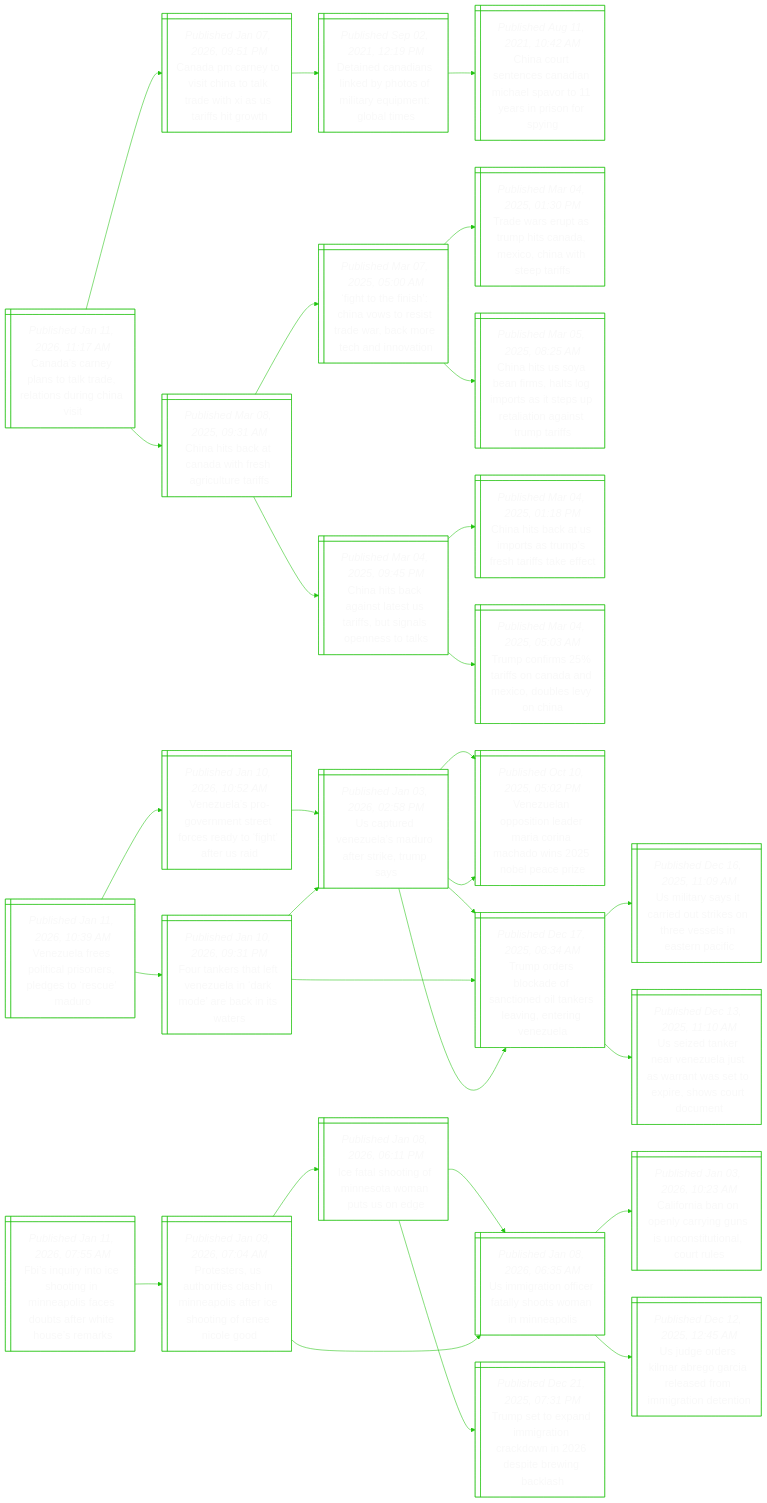
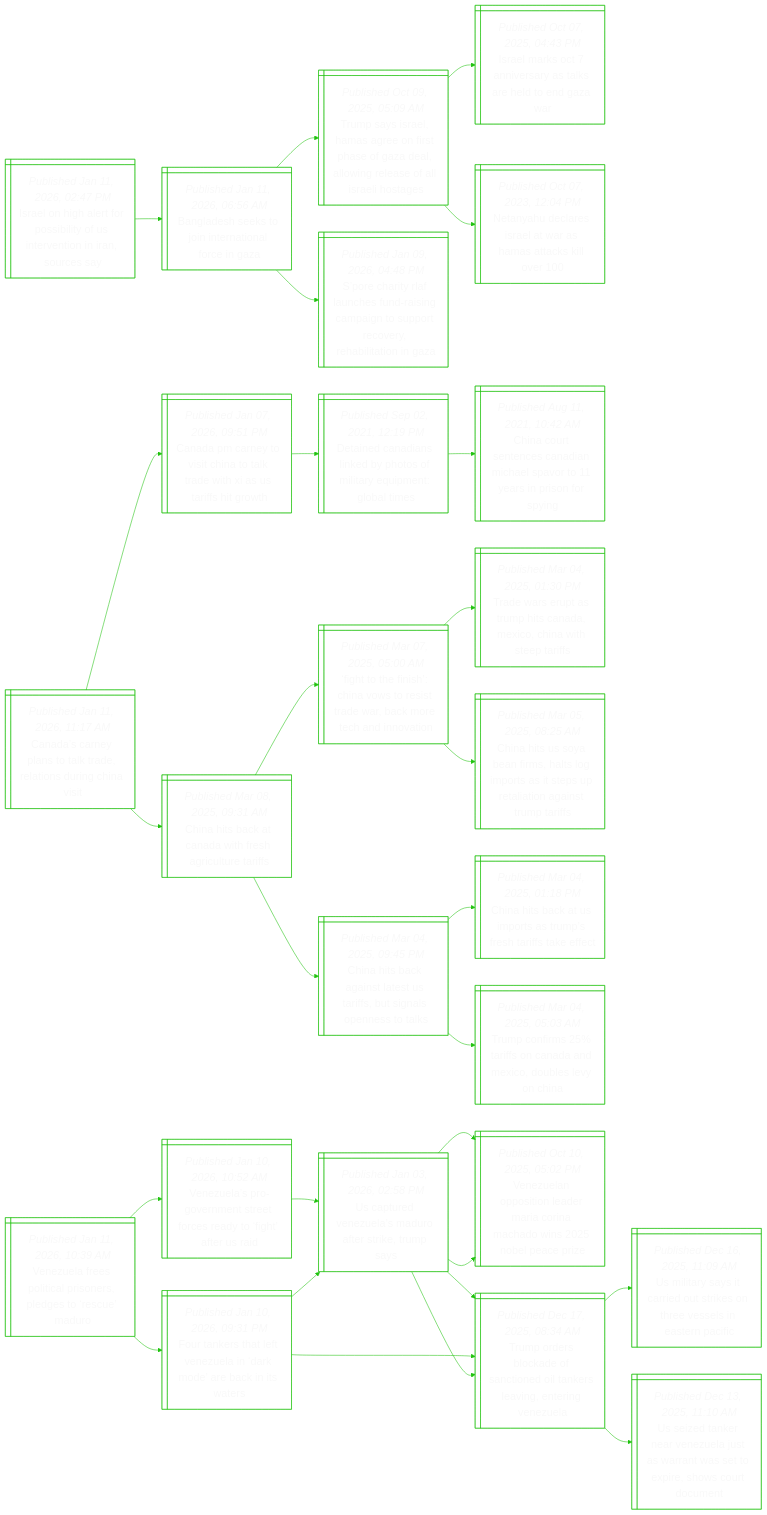
One commit to notJmes/notJmes changed the diagram in README.md. Above: the diagram before and after it, drawn with Mermaid. The commit also changed other lines of this file, not shown here.

````diff
--- a/README.md
+++ b/README.md
@@ -15,6 +15,25 @@
 %%{init: {'theme':'base', 'themeVariables': {'primaryColor': "transparent", 'primaryTextColor': "#F9F9F9", 'lineColor': "#20C20E", 'primaryBorderColor':'#20C20E'}}}%%
 flowchart LR
 classDef txtsize font-size:20px;
+
+Ilgrpbyivorus@{ shape: win-pane, label: "_Published Jan 11, 2026, 02:47 PM_
+Israel on high alert for possibility of us intervention in iran, sources say" }
+Bastnroon@{ shape: win-pane, label: "_Published Jan 11, 2026, 06:56 AM_
+Bangladesh seeks to join international force in gaza" }
+TssHaossaaorslaoe@{ shape: win-pane, label: "_Published Oct 09, 2025, 05:09 AM_
+Trump says israel, hamas agree on first phase of gaza deal, allowing release of all israeli hostages" }
+Ilsnrakhoar@{ shape: win-pane, label: "_Published Oct 07, 2025, 04:43 PM_
+Israel marks oct 7 anniversary as talks are held to end gaza war" }
+NyeeawHakl@{ shape: win-pane, label: "_Published Oct 07, 2023, 12:04 PM_
+Netanyahu declares israel at war as hamas attacks kill over 100" }
+SctFcuicisroritn@{ shape: win-pane, label: "_Published Jan 09, 2026, 04:48 PM_
+S’pore charity rlaf launches fund-raising campaign to support recovery, rehabilitation in gaza" }
+
+Ilgrpbyivorus:::txtsize --> Bastnroon:::txtsize
+Bastnroon:::txtsize --> TssHaossaaorslaoe:::txtsize
+TssHaossaaorslaoe:::txtsize --> Ilsnrakhoar:::txtsize
+TssHaossaaorslaoe:::txtsize --> NyeeawHakl:::txtsize
+Bastnroon:::txtsize --> SctFcuicisroritn:::txtsize
 
 Canatreorhi@{ shape: win-pane, label: "_Published Jan 11, 2026, 11:17 AM_
 Canada’s carney plans to talk trade, relations during china visit" }
@@ -87,29 +106,4 @@
 UtVuMorkms:::txtsize --> Vuoilranhibai:::txtsize
 UtVuMorkms:::txtsize --> Toskftdasitgz:::txtsize
 
-FnyIognoaoaWHsr@{ shape: win-pane, label: "_Published Jan 11, 2026, 07:55 AM_
-Fbi’s inquiry into ice shooting in minneapolis faces doubts after white house’s remarks" }
-PsUhiaMasrhneiG@{ shape: win-pane, label: "_Published Jan 09, 2026, 07:04 AM_
-Protesters, us authorities clash in minneapolis after ice shooting of renee nicole good" }
-Itogntase@{ shape: win-pane, label: "_Published Jan 08, 2026, 06:11 PM_
-Ice fatal shooting of minnesota woman puts us on edge" }
-UiifflomMas@{ shape: win-pane, label: "_Published Jan 08, 2026, 06:35 AM_
-Us immigration officer fatally shoots woman in minneapolis" }
-Tsedgocnsbnk@{ shape: win-pane, label: "_Published Dec 21, 2025, 07:31 PM_
-Trump set to expand immigration crackdown in 2026 despite brewing backlash" }
-UiifflomMas@{ shape: win-pane, label: "_Published Jan 08, 2026, 06:35 AM_
-Us immigration officer fatally shoots woman in minneapolis" }
-Coboyyuustlts@{ shape: win-pane, label: "_Published Jan 03, 2026, 10:23 AM_
-California ban on openly carrying guns is unconstitutional, court rules" }
-UgelbGaarmtei@{ shape: win-pane, label: "_Published Dec 12, 2025, 12:45 AM_
-Us judge orders kilmar abrego garcia released from immigration detention" }
-
-FnyIognoaoaWHsr:::txtsize --> PsUhiaMasrhneiG:::txtsize
-PsUhiaMasrhneiG:::txtsize --> Itogntase:::txtsize
-Itogntase:::txtsize --> UiifflomMas:::txtsize
-Itogntase:::txtsize --> Tsedgocnsbnk:::txtsize
-PsUhiaMasrhneiG:::txtsize --> UiifflomMas:::txtsize
-UiifflomMas:::txtsize --> Coboyyuustlts:::txtsize
-UiifflomMas:::txtsize --> UgelbGaarmtei:::txtsize
-
 ```
````
